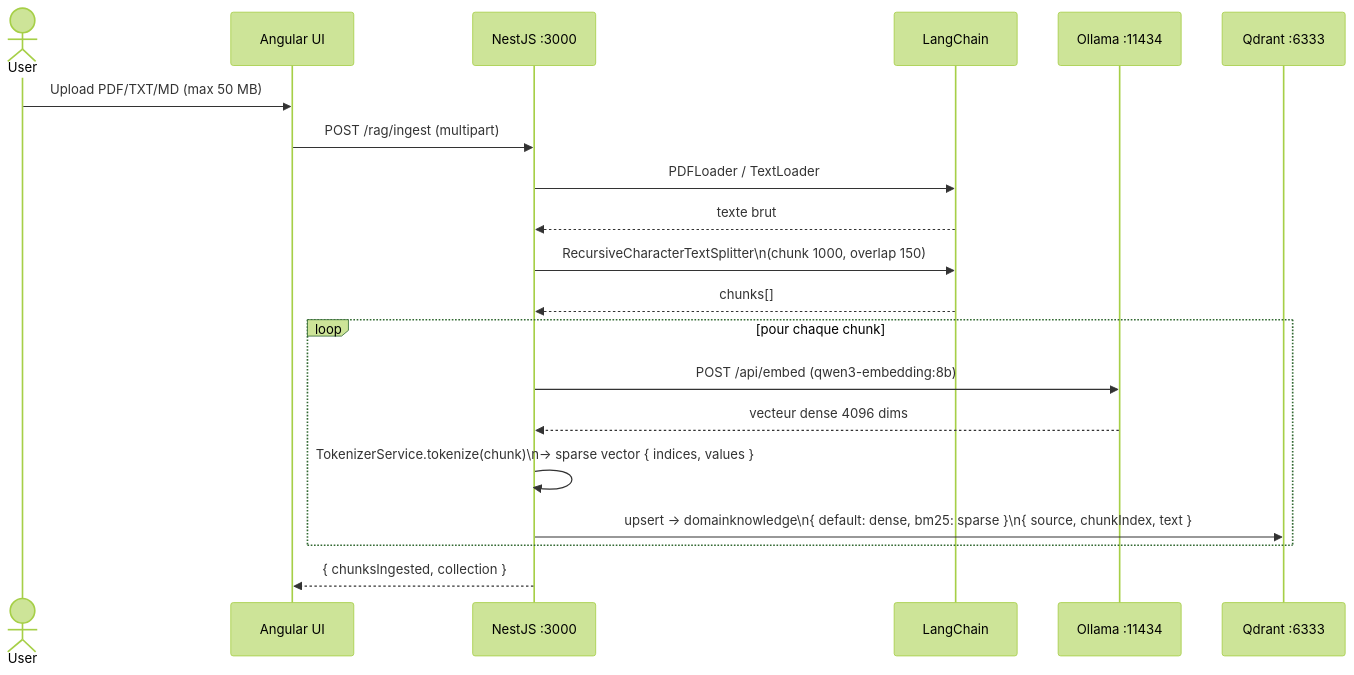
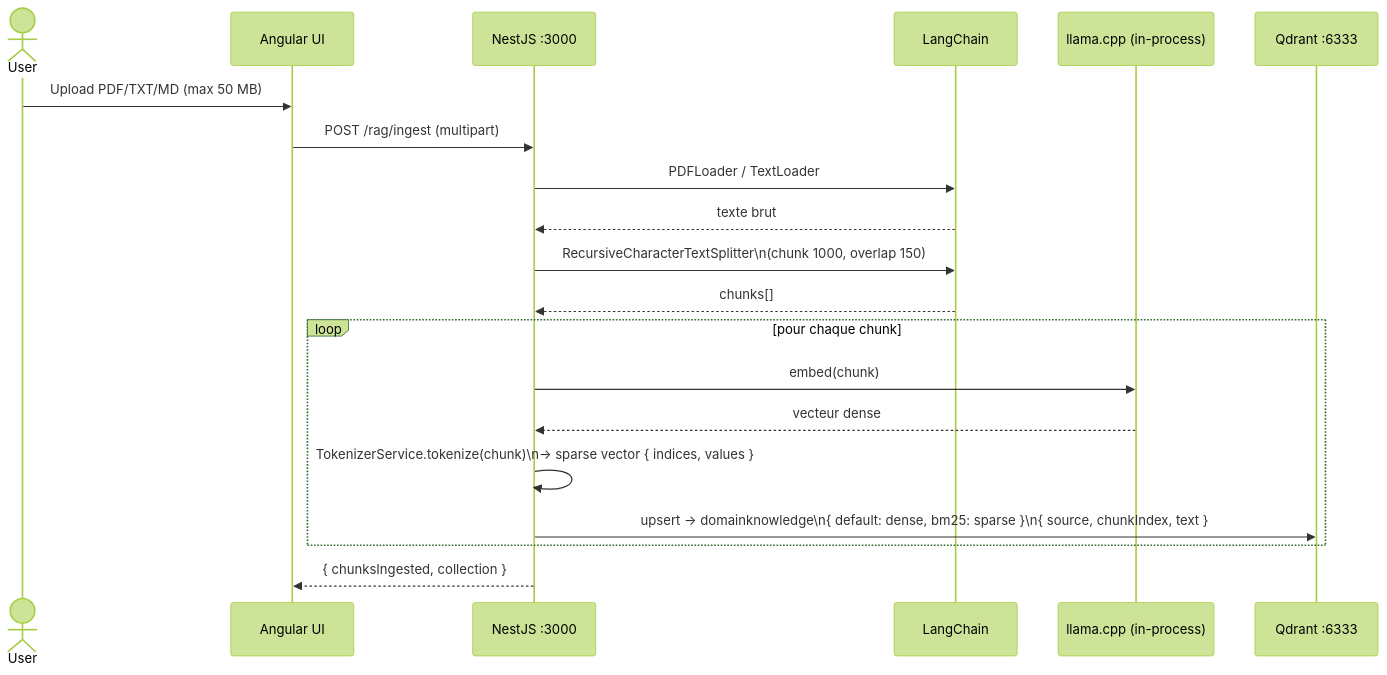
One commit to Yesub/jarvis-full-solution changed the second of 11 diagrams in plan/architecture-flows.md. Above: the diagram before and after it, drawn with Mermaid (forest theme). The commit also changed other lines of this file and 21 other files, not shown here.

First line of the commit message:
feat: add monitoring scripts for llama.cpp and implement LlamaCpp module and service

````diff
--- a/plan/architecture-flows.md
+++ b/plan/architecture-flows.md
@@ -91,23 +89,23 @@
 ```mermaid
 sequenceDiagram
     actor User
     participant UI as Angular UI
     participant NestJS as NestJS :3000
     participant LC as LangChain
-    participant Ollama as Ollama :11434
+    participant LlamaCpp as llama.cpp (in-process)
     participant Qdrant as Qdrant :6333
 
     User->>UI: Upload PDF/TXT/MD (max 50 MB)
     UI->>NestJS: POST /rag/ingest (multipart)
     NestJS->>LC: PDFLoader / TextLoader
     LC-->>NestJS: texte brut
     NestJS->>LC: RecursiveCharacterTextSplitter\n(chunk 1000, overlap 150)
     LC-->>NestJS: chunks[]
     loop pour chaque chunk
-        NestJS->>Ollama: POST /api/embed (qwen3-embedding:8b)
-        Ollama-->>NestJS: vecteur dense 4096 dims
+        NestJS->>LlamaCpp: embed(chunk)
+        LlamaCpp-->>NestJS: vecteur dense
         NestJS->>NestJS: TokenizerService.tokenize(chunk)\n→ sparse vector { indices, values }
         NestJS->>Qdrant: upsert → domainknowledge\n{ default: dense, bm25: sparse }\n{ source, chunkIndex, text }
     end
     NestJS-->>UI: { chunksIngested, collection }
 ```
````
